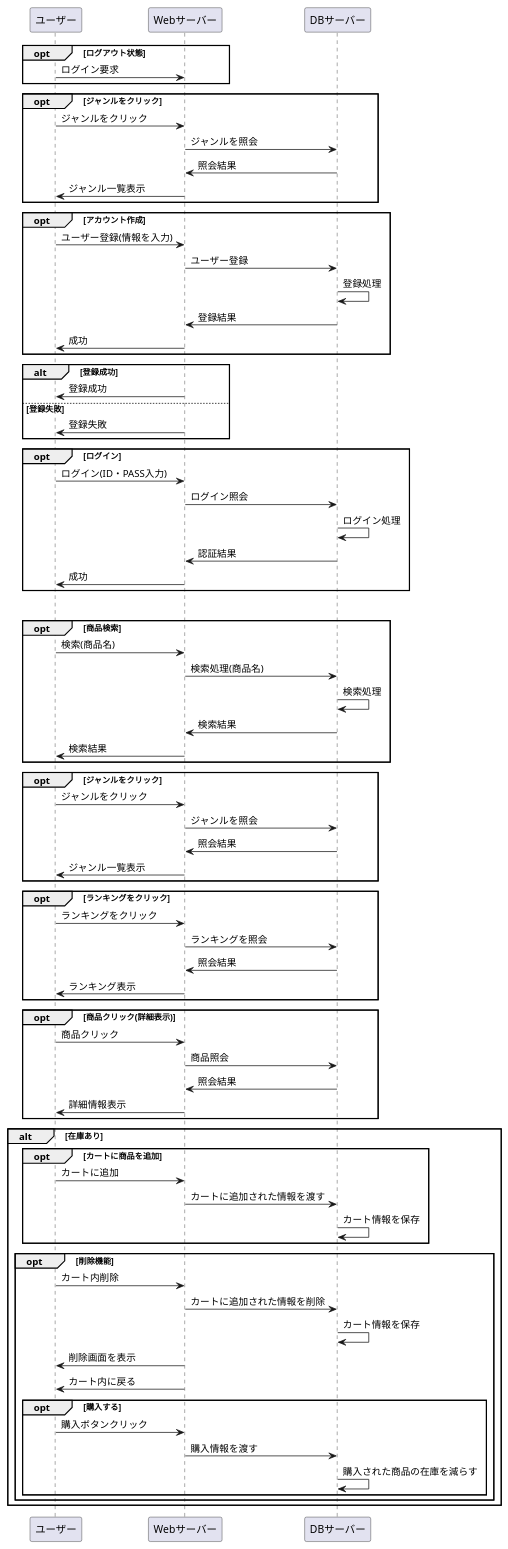
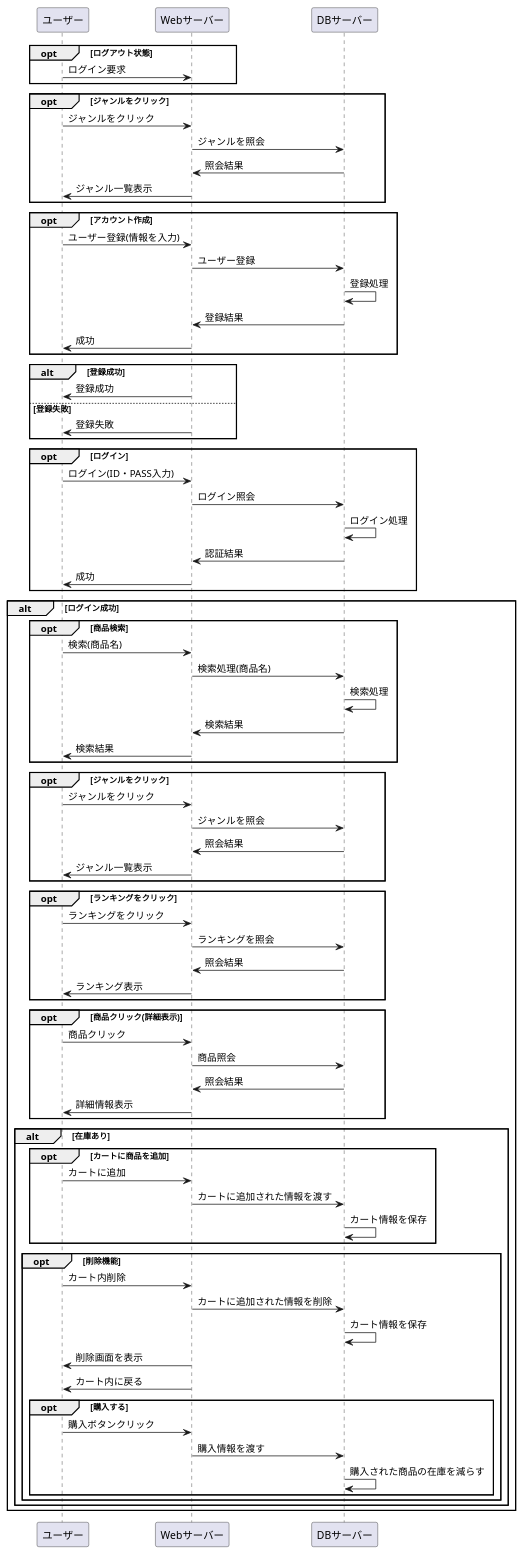
The diagram in stationary/業務フロー/ren.md (Aso2001154/2021sys-design), drawn with PlantUML before and after one commit.

````diff
--- a/stationary/業務フロー/ren.md
+++ b/stationary/業務フロー/ren.md
@@ -87,8 +87,6 @@
 end 
 end
 end
-
-
-
+end
 @enduml
 ```
````
